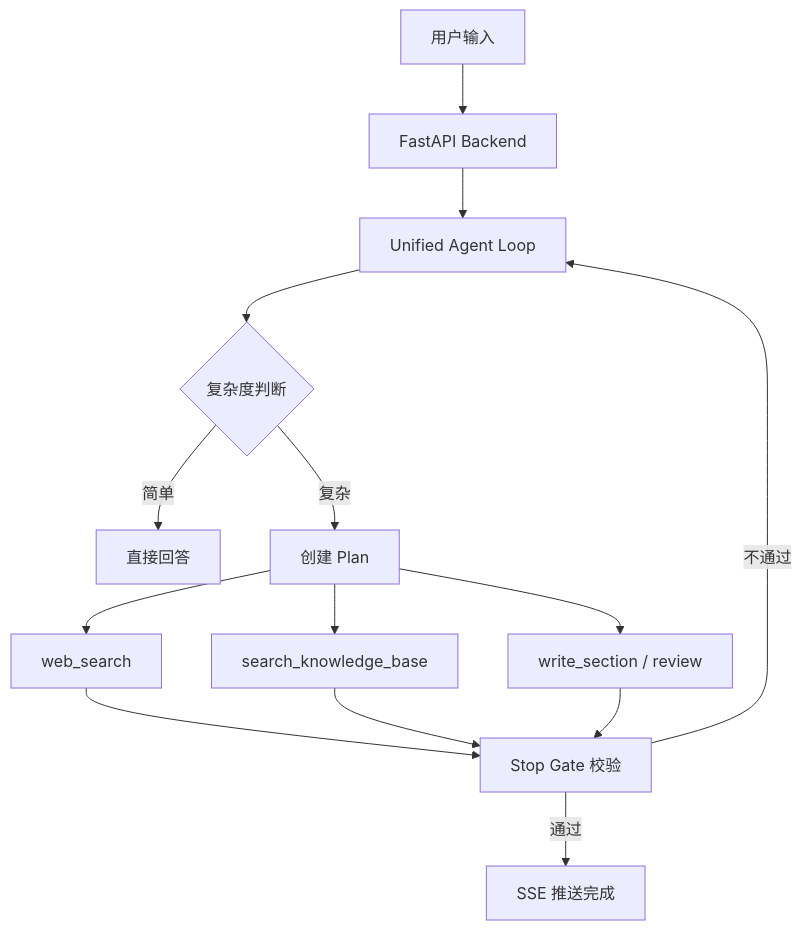
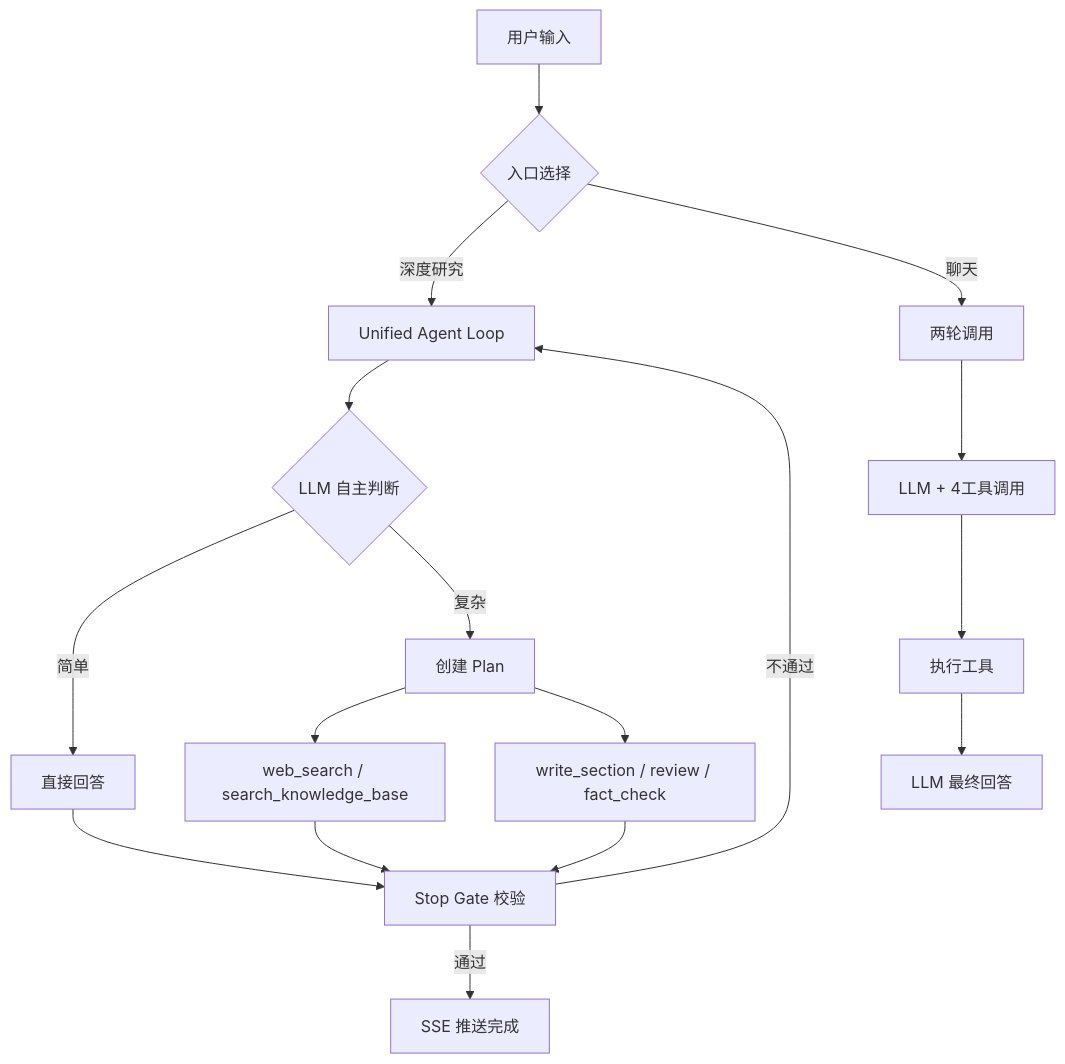
The diagram in README.md (Sponge-DDkr/AI-Research-Copilot-2.0.0), drawn with Mermaid before and after one commit. The commit also changed other lines of this file and 2 other files, not shown here.

````diff
--- a/README.md
+++ b/README.md
@@ -14,14 +21,18 @@
 ```mermaid
 graph TD
-    A[用户输入] --> B[FastAPI Backend]
-    B --> C[Unified Agent Loop]
-    C --> D{复杂度判断}
-    D -->|简单| E[直接回答]
-    D -->|复杂| F[创建 Plan]
-    F --> G[web_search]
-    F --> H[search_knowledge_base]
-    F --> I[write_section / review]
-    G & H & I --> J[Stop Gate 校验]
-    J -->|通过| K[SSE 推送完成]
-    J -->|不通过| C
+    A[用户输入] --> B{入口选择}
+    B -->|深度研究| C[Unified Agent Loop]
+    B -->|聊天| D[两轮调用]
+    C --> E{LLM 自主判断}
+    E -->|简单| F[直接回答]
+    E -->|复杂| G[创建 Plan]
+    F --> H[Stop Gate 校验]
+    G --> I[web_search / search_knowledge_base]
+    G --> J[write_section / review / fact_check]
+    I & J --> H
+    H -->|通过| K[SSE 推送完成]
+    H -->|不通过| C
+    D --> L[LLM + 4工具调用]
+    L --> M[执行工具]
+    M --> N[LLM 最终回答]
 ```
````
